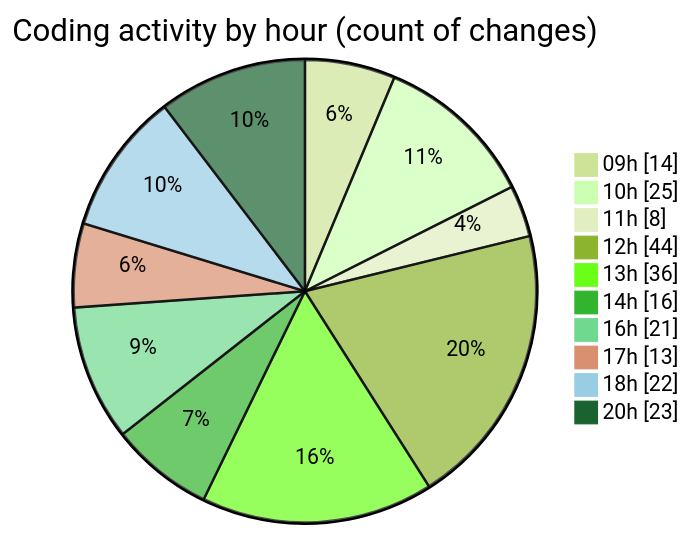
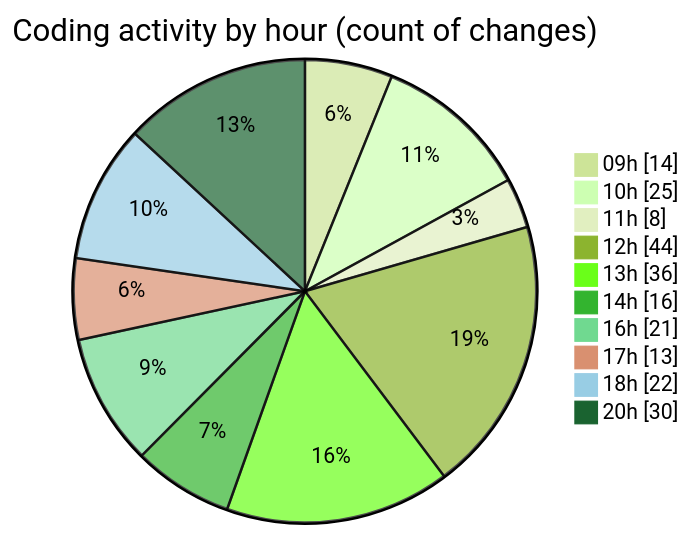
Before and after one commit to momahboobian/code-tracking: the second of 2 diagrams in 2025-06-03/cda/README.md, drawn with Mermaid (forest theme). The commit also changed other lines of this file and 1 other file, not shown here.

````diff
--- a/2025-06-03/cda/README.md
+++ b/2025-06-03/cda/README.md
@@ -38,14 +38,14 @@
 ```mermaid
 pie showData
 title Coding activity by hour (count of changes)
 "09h" : 14
 "10h" : 25
 "11h" : 8
 "12h" : 44
 "13h" : 36
 "14h" : 16
 "16h" : 21
 "17h" : 13
 "18h" : 22
-"20h" : 23
+"20h" : 30
 ```
````
